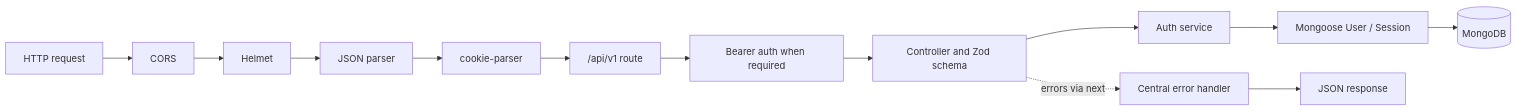
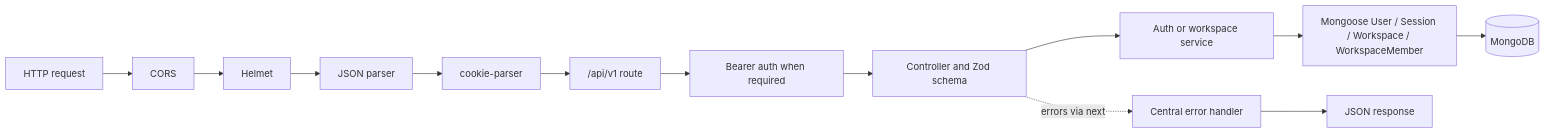
One commit to Krish-CyberSec/TeamSync changed the diagram in backend/README.md. Above: the diagram before and after it, drawn with Mermaid. The commit also changed other lines of this file, not shown here.

Commit message:
docs(workspaces): document workspace management and authorization

````diff
--- a/backend/README.md
+++ b/backend/README.md
@@ -46,15 +46,15 @@
 ```mermaid
 flowchart LR
   Request["HTTP request"] --> Cors["CORS"]
   Cors --> Helmet["Helmet"]
   Helmet --> Json["JSON parser"]
   Json --> Cookies["cookie-parser"]
   Cookies --> Route["/api/v1 route"]
   Route --> Auth["Bearer auth when required"]
   Auth --> Controller["Controller and Zod schema"]
-  Controller --> Service["Auth service"]
-  Service --> Models["Mongoose User / Session"]
+  Controller --> Service["Auth or workspace service"]
+  Service --> Models["Mongoose User / Session / Workspace / WorkspaceMember"]
   Models --> DB[("MongoDB")]
   Controller -. errors via next .-> Error["Central error handler"]
   Error --> Response["JSON response"]
 ```
````
